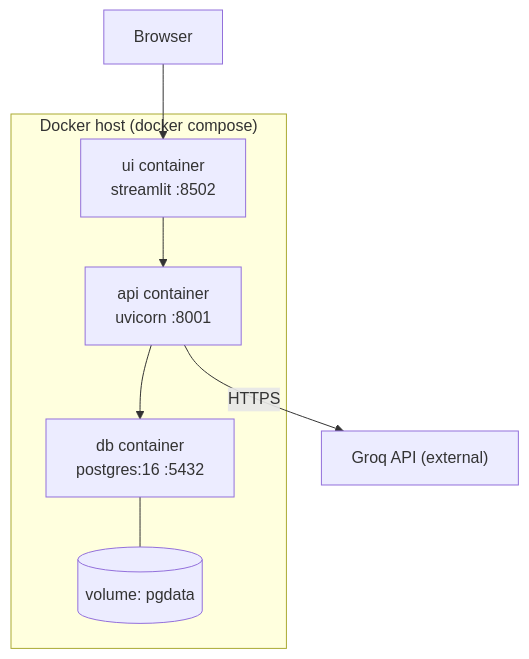
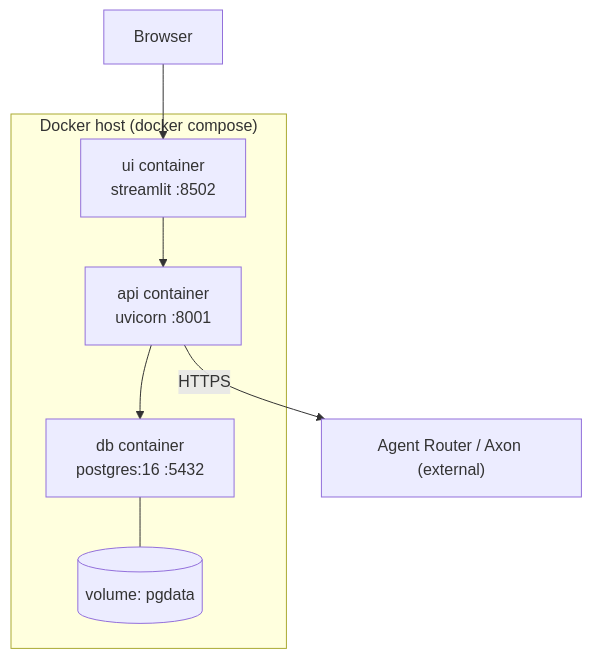
Before and after one commit to gpr-27/Assignment: the second of 8 diagrams in attendance-platform/docs/ARCHITECTURE.md, drawn with Mermaid. The commit also changed other lines of this file and 11 other files, not shown here.

First line of the commit message:
Switch default LLM to Agent Router (Axon) deepseek-v4-flash.

````diff
--- a/attendance-platform/docs/ARCHITECTURE.md
+++ b/attendance-platform/docs/ARCHITECTURE.md
@@ -18,13 +18,13 @@
 ```mermaid
 flowchart TB
     subgraph Host["Docker host (docker compose)"]
         UI["ui container<br/>streamlit :8502"]
         API["api container<br/>uvicorn :8001"]
         DB["db container<br/>postgres:16 :5432"]
         V1[("volume: pgdata")]
         UI --> API --> DB
         DB --- V1
     end
-    API -->|HTTPS| Groq["Groq API (external)"]
+    API -->|HTTPS| Axon["Agent Router / Axon (external)"]
     Browser --> UI
 ```
````
